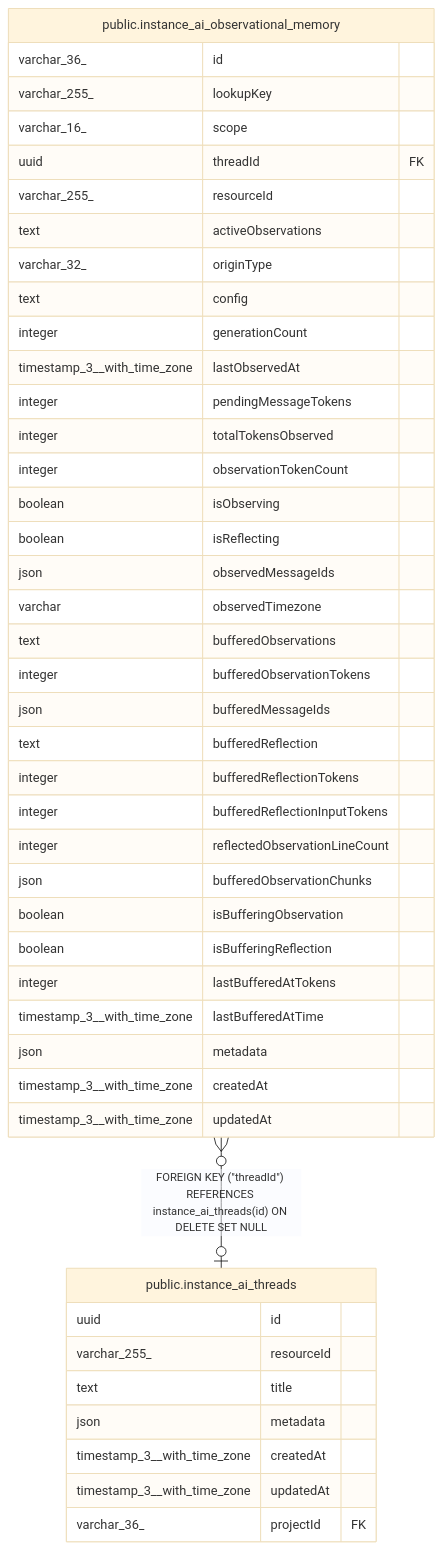
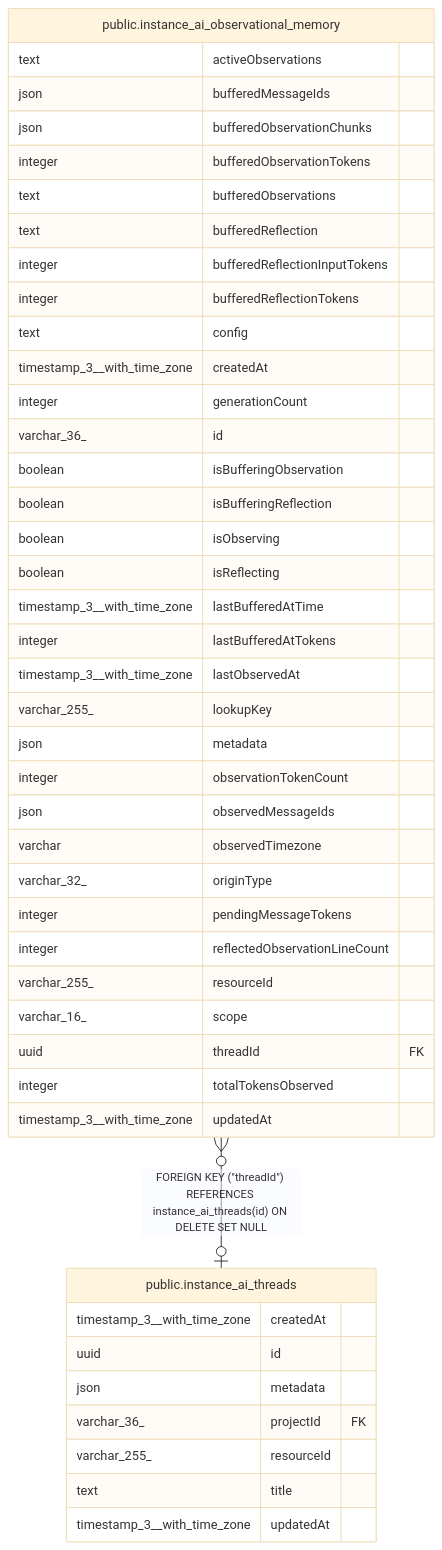
The diagram in docs/generated/postgres-schema/public.instance_ai_observational_memory.md (mayankjain1815-commits/n8n), drawn with Mermaid (base theme) before and after one commit. The commit also changed other lines of this file and 221 other files, not shown here.

Commit message:
chore(core): Make DB schema docs generation deterministic (#32373)

````diff
--- a/docs/generated/postgres-schema/public.instance_ai_observational_memory.md
+++ b/docs/generated/postgres-schema/public.instance_ai_observational_memory.md
@@ -75,49 +75,49 @@
 ```mermaid
 erDiagram
 
 "public.instance_ai_observational_memory" }o--o| "public.instance_ai_threads" : "FOREIGN KEY (#quot;threadId#quot;) REFERENCES instance_ai_threads(id) ON DELETE SET NULL"
 
 "public.instance_ai_observational_memory" {
+  text activeObservations
+  json bufferedMessageIds
+  json bufferedObservationChunks
+  integer bufferedObservationTokens
+  text bufferedObservations
+  text bufferedReflection
+  integer bufferedReflectionInputTokens
+  integer bufferedReflectionTokens
+  text config
+  timestamp_3__with_time_zone createdAt
+  integer generationCount
   varchar_36_ id
+  boolean isBufferingObservation
+  boolean isBufferingReflection
+  boolean isObserving
+  boolean isReflecting
+  timestamp_3__with_time_zone lastBufferedAtTime
+  integer lastBufferedAtTokens
+  timestamp_3__with_time_zone lastObservedAt
   varchar_255_ lookupKey
+  json metadata
+  integer observationTokenCount
+  json observedMessageIds
+  varchar observedTimezone
+  varchar_32_ originType
+  integer pendingMessageTokens
+  integer reflectedObservationLineCount
+  varchar_255_ resourceId
   varchar_16_ scope
   uuid threadId FK
-  varchar_255_ resourceId
-  text activeObservations
-  varchar_32_ originType
-  text config
-  integer generationCount
-  timestamp_3__with_time_zone lastObservedAt
-  integer pendingMessageTokens
   integer totalTokensObserved
-  integer observationTokenCount
-  boolean isObserving
-  boolean isReflecting
-  json observedMessageIds
-  varchar observedTimezone
-  text bufferedObservations
-  integer bufferedObservationTokens
-  json bufferedMessageIds
-  text bufferedReflection
-  integer bufferedReflectionTokens
-  integer bufferedReflectionInputTokens
-  integer reflectedObservationLineCount
-  json bufferedObservationChunks
-  boolean isBufferingObservation
-  boolean isBufferingReflection
-  integer lastBufferedAtTokens
-  timestamp_3__with_time_zone lastBufferedAtTime
-  json metadata
-  timestamp_3__with_time_zone createdAt
   timestamp_3__with_time_zone updatedAt
 }
 "public.instance_ai_threads" {
+  timestamp_3__with_time_zone createdAt
   uuid id
+  json metadata
+  varchar_36_ projectId FK
   varchar_255_ resourceId
   text title
-  json metadata
-  timestamp_3__with_time_zone createdAt
   timestamp_3__with_time_zone updatedAt
-  varchar_36_ projectId FK
 }
 ```
````
